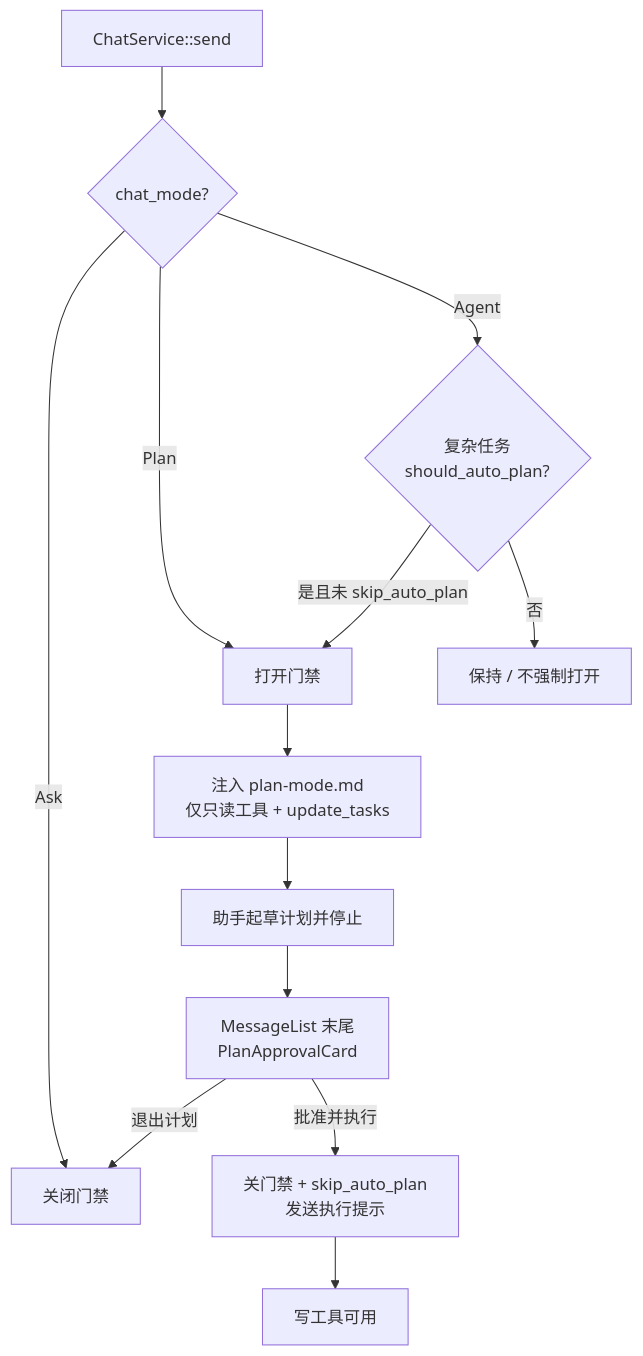
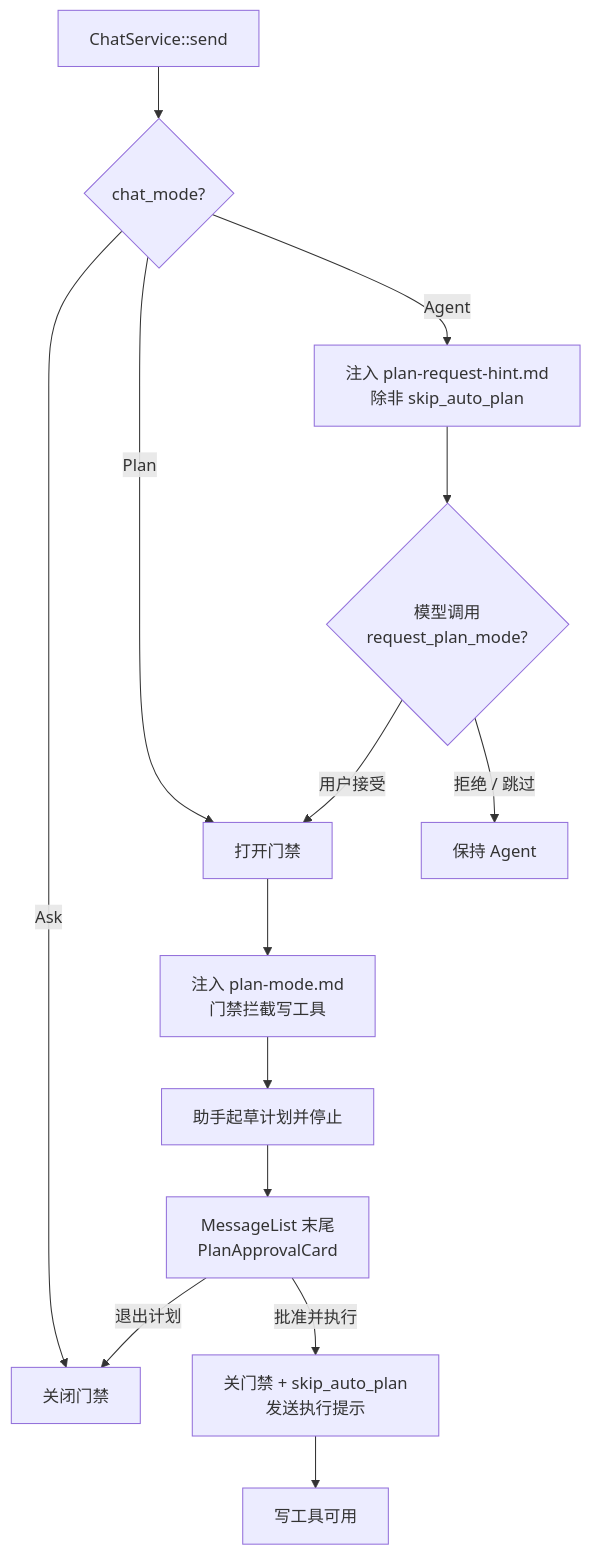
Before and after one commit to rururunu/Anya: diagram 11 of 20 in docs/architecture-overview.zh-CN.md, drawn with Mermaid. The commit also changed other lines of this file and 235 other files, not shown here.

First line of the commit message:
feat: v0.2.22 分栏 Diff、字体设置、宠物图集与插件 pet/deepseek API

````diff
--- a/docs/architecture-overview.zh-CN.md
+++ b/docs/architecture-overview.zh-CN.md
@@ -486,15 +493,16 @@
 ```mermaid
 flowchart TB
   Send[ChatService::send] --> Mode{chat_mode?}
   Mode -->|Ask| Clear[关闭门禁]
   Mode -->|Plan| On[打开门禁]
-  Mode -->|Agent| Auto{复杂任务<br/>should_auto_plan?}
-  Auto -->|是且未 skip_auto_plan| On
-  Auto -->|否| Off[保持 / 不强制打开]
-  On --> Prompt[注入 plan-mode.md<br/>仅只读工具 + update_tasks]
+  Mode -->|Agent| Hint[注入 plan-request-hint.md<br/>除非 skip_auto_plan]
+  Hint --> AskPlan{模型调用<br/>request_plan_mode?}
+  AskPlan -->|用户接受| On
+  AskPlan -->|拒绝 / 跳过| Off[保持 Agent]
+  On --> Prompt[注入 plan-mode.md<br/>门禁拦截写工具]
   Prompt --> Draft[助手起草计划并停止]
   Draft --> UI[MessageList 末尾<br/>PlanApprovalCard]
   UI -->|退出计划| Clear
   UI -->|批准并执行| Exec[关门禁 + skip_auto_plan<br/>发送执行提示]
   Exec --> Writers[写工具可用]
 ```
````
